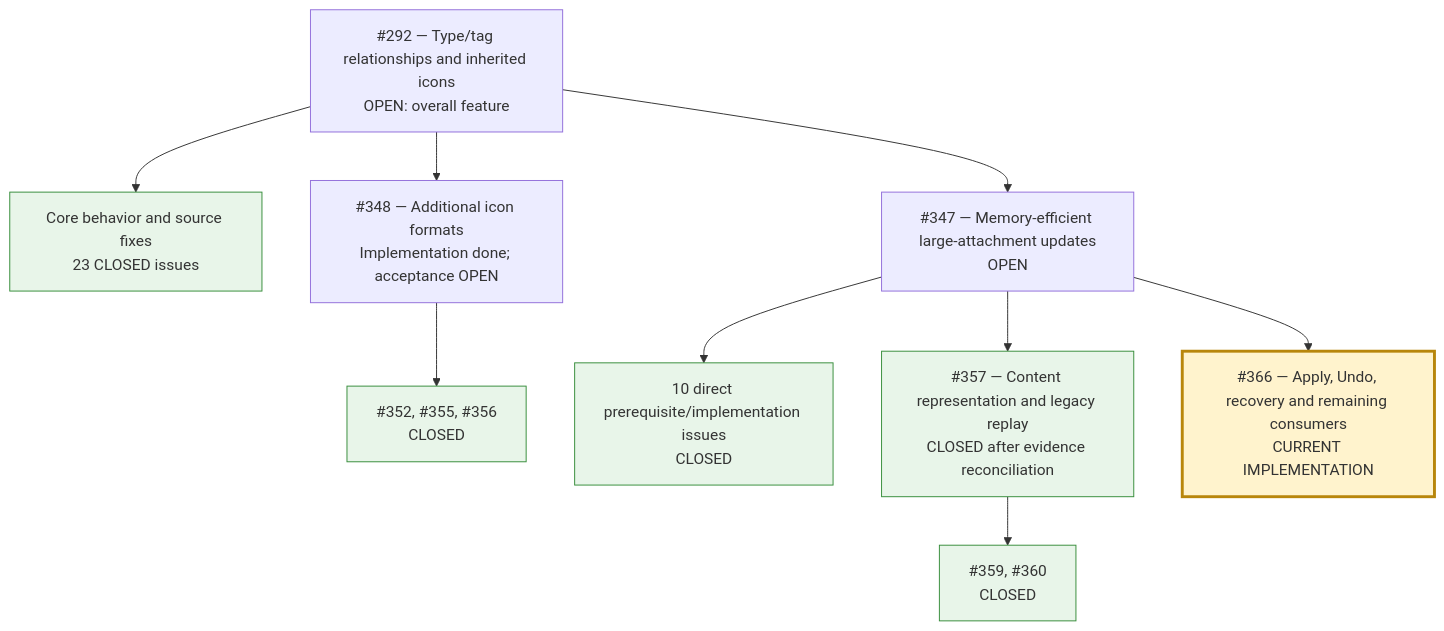
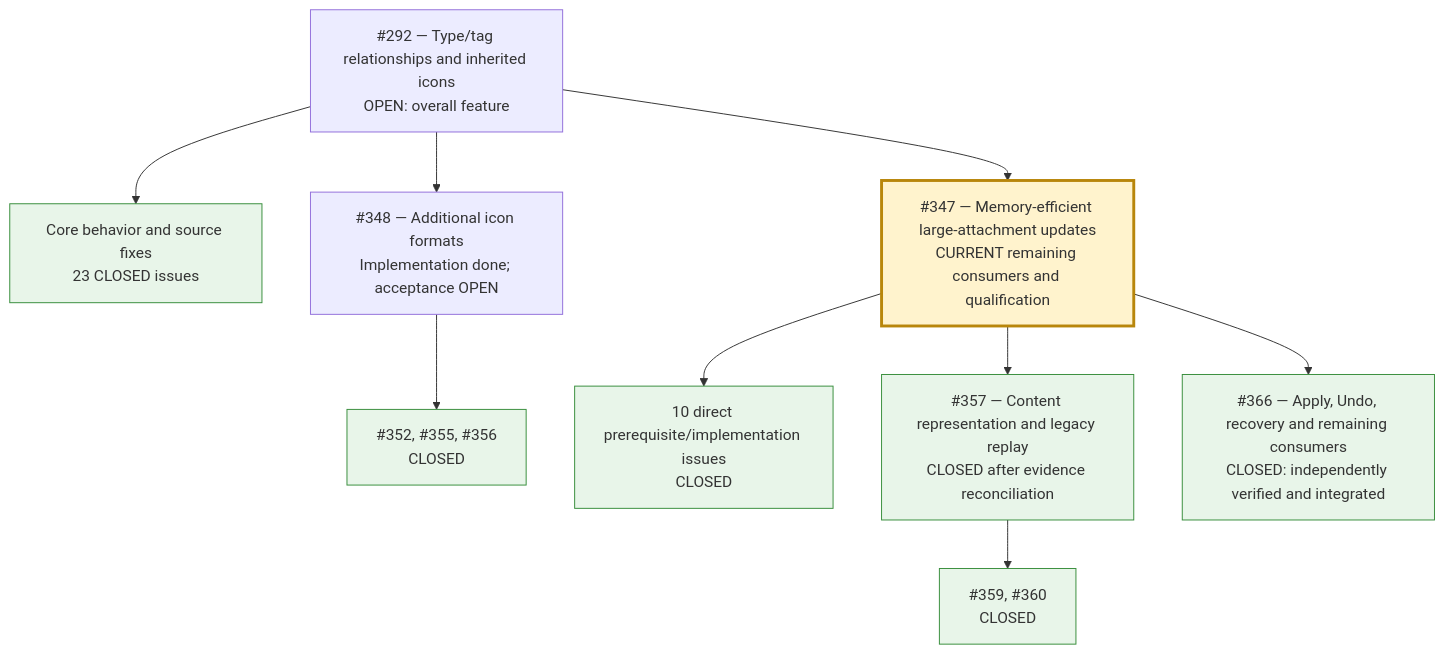
One commit to FuzzyUn1c0rn/brz2obsidian changed the diagram in ISSUE-OVERVIEW.md. Above: the diagram before and after it, drawn with Mermaid. The commit also changed other lines of this file, not shown here.

Commit message:
Record verified publication and reversal completion in roadmap

````diff
--- a/ISSUE-OVERVIEW.md
+++ b/ISSUE-OVERVIEW.md
@@ -21,19 +21,20 @@
 ```mermaid
 flowchart TD
     A["#292 — Type/tag relationships and inherited icons<br/>OPEN: overall feature"]
     A --> B["Core behavior and source fixes<br/>23 CLOSED issues"]
     A --> C["#348 — Additional icon formats<br/>Implementation done; acceptance OPEN"]
     C --> D["#352, #355, #356<br/>CLOSED"]
-    A --> E["#347 — Memory-efficient large-attachment updates<br/>OPEN"]
+    A --> E["#347 — Memory-efficient large-attachment updates<br/>CURRENT remaining consumers and qualification"]
     E --> F["10 direct prerequisite/implementation issues<br/>CLOSED"]
     E --> G["#357 — Content representation and legacy replay<br/>CLOSED after evidence reconciliation"]
     G --> H["#359, #360<br/>CLOSED"]
-    E --> I["#366 — Apply, Undo, recovery and remaining consumers<br/>CURRENT IMPLEMENTATION"]
+    E --> I["#366 — Apply, Undo, recovery and remaining consumers<br/>CLOSED: independently verified and integrated"]
 
-    style I fill:#fff3cd,stroke:#b8860b,stroke-width:3px
+    style E fill:#fff3cd,stroke:#b8860b,stroke-width:3px
+    style I fill:#e8f5e9,stroke:#388e3c
     style B fill:#e8f5e9,stroke:#388e3c
     style D fill:#e8f5e9,stroke:#388e3c
     style F fill:#e8f5e9,stroke:#388e3c
     style G fill:#e8f5e9,stroke:#388e3c
     style H fill:#e8f5e9,stroke:#388e3c
 ```
````
